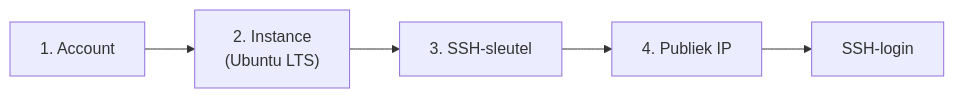
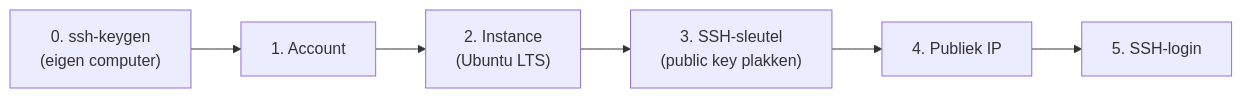
Before and after one commit to dverhulst1981/cursus-webinfrastructuur: the diagram in docs/hoofdstuk-1-netwerkstack-tcp-ip-fundamenten/vps.md, drawn with Mermaid. The commit also changed other lines of this file and 30 other files, not shown here.

````diff
--- a/docs/hoofdstuk-1-netwerkstack-tcp-ip-fundamenten/vps.md
+++ b/docs/hoofdstuk-1-netwerkstack-tcp-ip-fundamenten/vps.md
@@ -17,7 +50,8 @@
 ```mermaid
 flowchart LR
-  A["1. Account"] --> B["2. Instance<br/>(Ubuntu LTS)"]
-  B --> C["3. SSH-sleutel"]
+  K["0. ssh-keygen<br/>(eigen computer)"] --> A["1. Account"]
+  A --> B["2. Instance<br/>(Ubuntu LTS)"]
+  B --> C["3. SSH-sleutel<br/>(public key plakken)"]
   C --> D["4. Publiek IP"]
-  D --> E["SSH-login"]
+  D --> E["5. SSH-login"]
 ```
````
